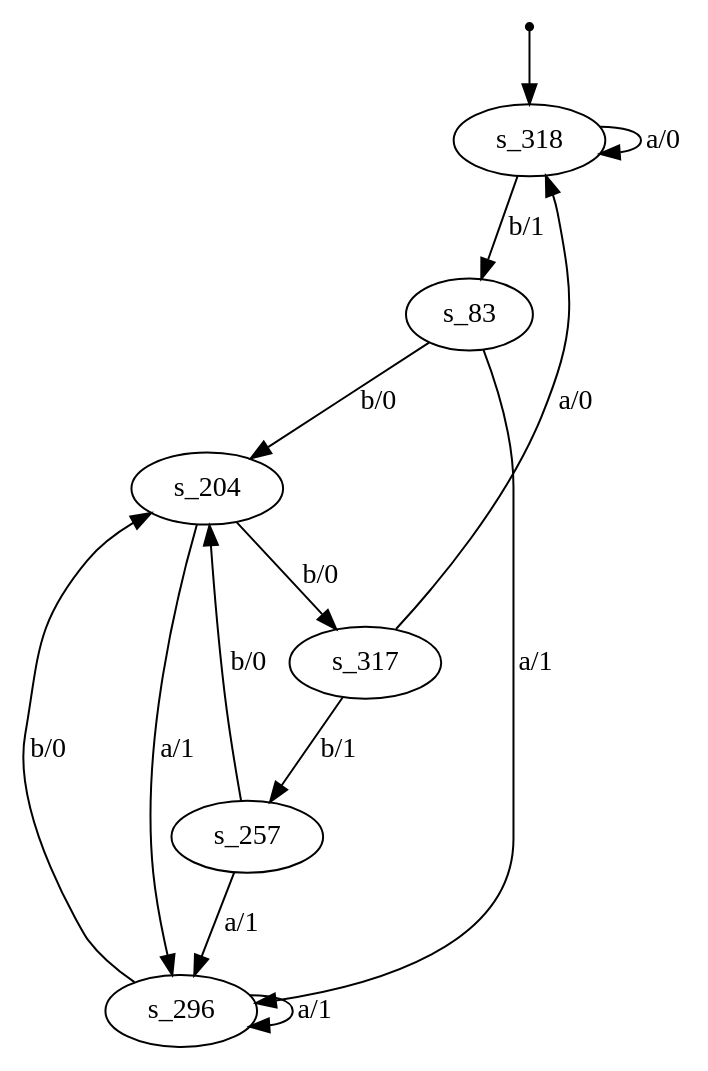
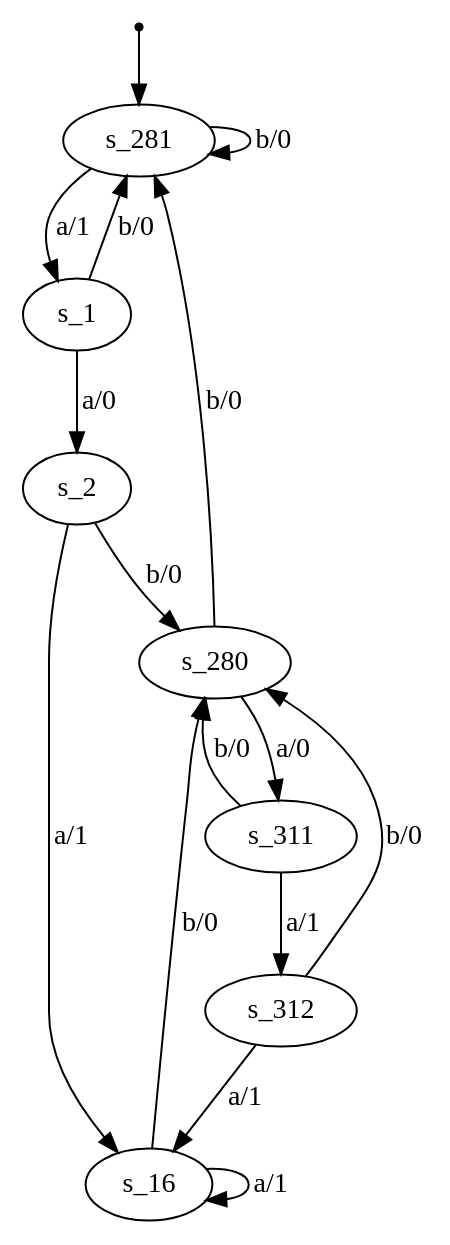
One commit to gaellinkeu/RNN-for-Mealy-Machines changed the diagram in FSMs_visuals/fsm1_0.9_extracted.dot. Above: the diagram before and after it, drawn with Graphviz. The commit also changed 369 other files, not shown here.

```diff
--- a/FSMs_visuals/fsm1_0.9_extracted.dot
+++ b/FSMs_visuals/fsm1_0.9_extracted.dot
@@ -1,22 +1,25 @@
 digraph fsm {
-	s_318 [root=true]
-	s_83
-	s_204
-	s_317
-	s_296
-	s_257
+	s_281 [root=true]
+	s_1
+	s_2
+	s_280
+	s_311
+	s_16
+	s_312
 	qi [shape = point]
-	qi -> s_318
-	s_318 -> s_83 [label="b/1"]
-	s_83 -> s_204 [label="b/0"]
-	s_204 -> s_317 [label="b/0"]
-	s_317 -> s_318 [label="a/0"]
-	s_318 -> s_318 [label="a/0"]
-	s_83 -> s_296 [label="a/1"]
-	s_296 -> s_204 [label="b/0"]
-	s_204 -> s_296 [label="a/1"]
-	s_296 -> s_296 [label="a/1"]
-	s_317 -> s_257 [label="b/1"]
-	s_257 -> s_204 [label="b/0"]
-	s_257 -> s_296 [label="a/1"]
+	qi -> s_281
+	s_281 -> s_1 [label="a/1"]
+	s_1 -> s_2 [label="a/0"]
+	s_2 -> s_280 [label="b/0"]
+	s_280 -> s_281 [label="b/0"]
+	s_1 -> s_281 [label="b/0"]
+	s_281 -> s_281 [label="b/0"]
+	s_280 -> s_311 [label="a/0"]
+	s_311 -> s_280 [label="b/0"]
+	s_2 -> s_16 [label="a/1"]
+	s_16 -> s_280 [label="b/0"]
+	s_311 -> s_312 [label="a/1"]
+	s_312 -> s_280 [label="b/0"]
+	s_312 -> s_16 [label="a/1"]
+	s_16 -> s_16 [label="a/1"]
 }
```
